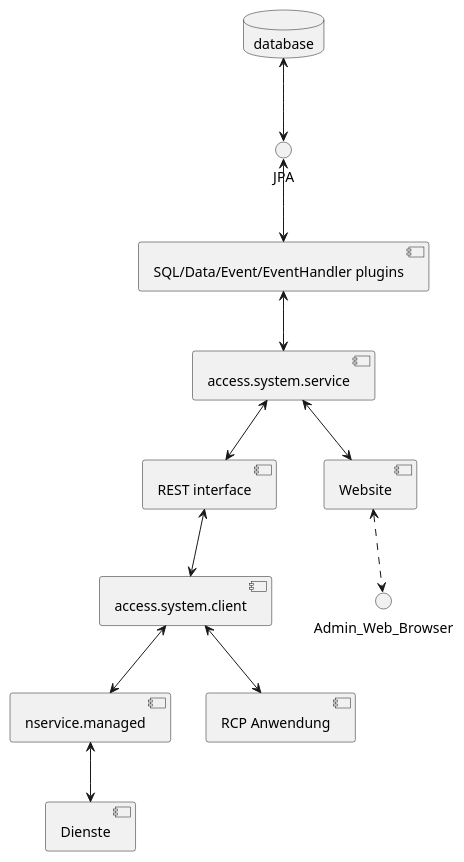
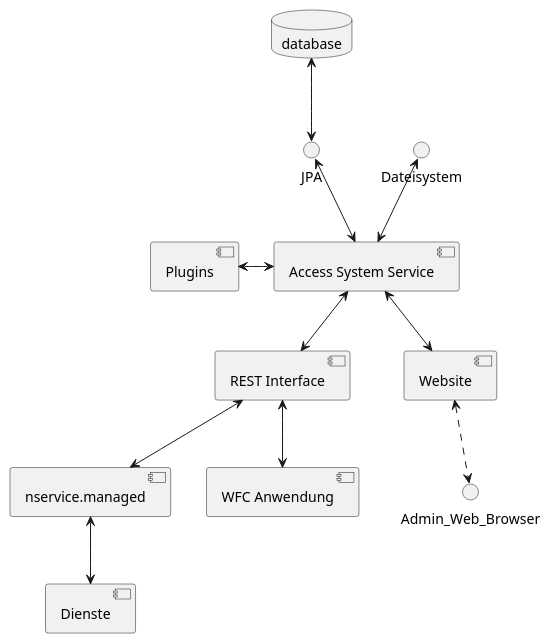
One commit to minova-afis/aero.minova.cas changed the diagram in aero.minova.core.application.system.service/doc/adoc/architecture.adoc. Above: the diagram before and after it, drawn with PlantUML. The commit also changed 3 other files, not shown here.

```diff
--- a/aero.minova.core.application.system.service/doc/adoc/architecture.adoc
+++ b/aero.minova.core.application.system.service/doc/adoc/architecture.adoc
@@ -20,17 +20,17 @@
 [plantuml, afis-program-structure-future-access-system, svg]     
 ....
 @startuml
 [database] <-down-> JPA
-JPA <-down-> [SQL/Data/Event/EventHandler plugins]
-[access.system.service] <-up-> [SQL/Data/Event/EventHandler plugins]
-[access.system.service] <-down-> [REST interface]
-[access.system.service] <-down-> [Website]
-[access.system.client] <-down-> [nservice.managed]
+JPA <-down-> [Access System Service]
+Dateisystem <-down-> [Access System Service]
+[Access System Service] <-left-> [Plugins]
+[Access System Service] <-down-> [REST Interface]
+[Access System Service] <-down-> [Website]
+[REST Interface] <-down-> [nservice.managed]
 [nservice.managed] <-down-> [Dienste]
-[REST interface] <-down-> [access.system.client]
-[access.system.client] <-down-> [RCP Anwendung]
+[REST Interface] <-down-> [WFC Anwendung]
 [Website] <.down.> Admin_Web_Browser
 database "database" {
 }
 @enduml
 ....
```
